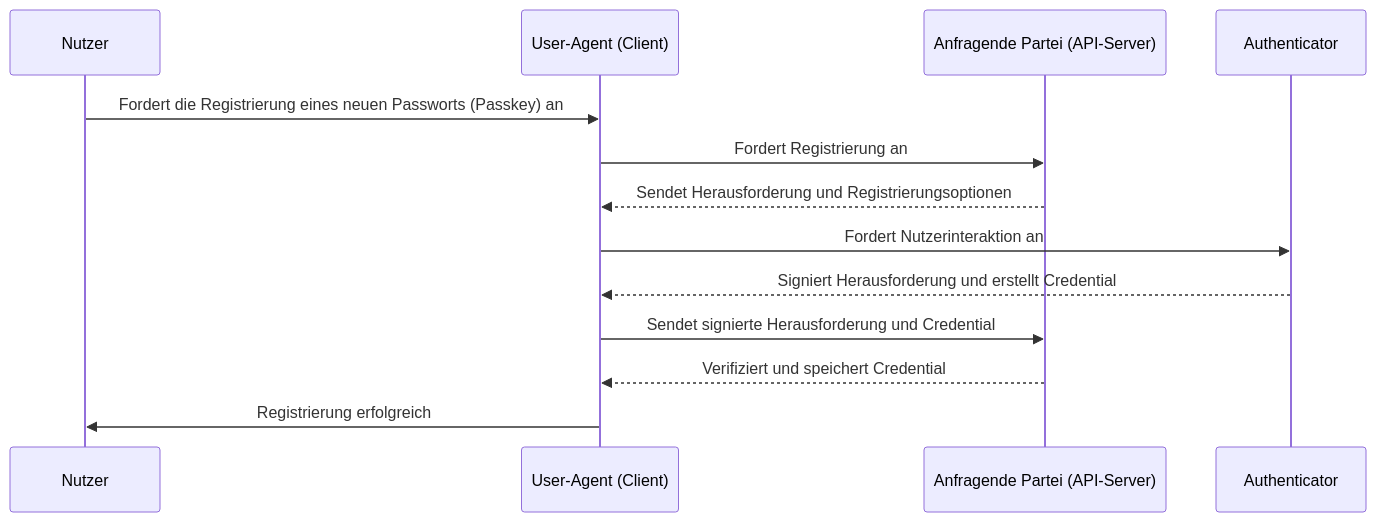
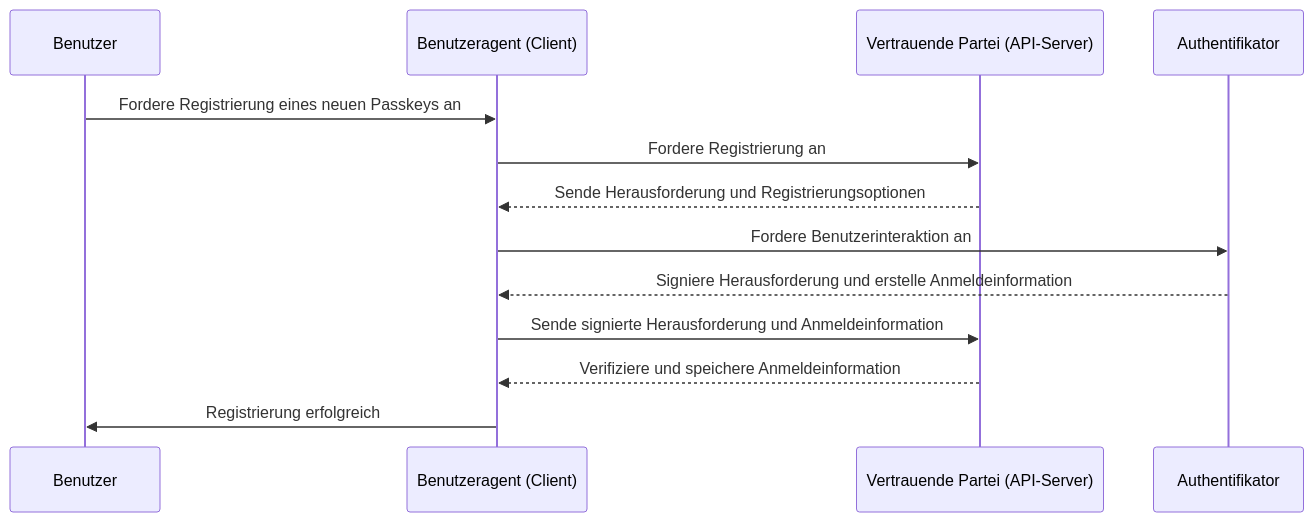
Before and after one commit to logto-io/auth-wiki: the first of 2 diagrams in src/content/terms/de/webauthn.mdx, drawn with Mermaid. The commit also changed other lines of this file and 98 other files, not shown here.

````diff
--- a/src/content/terms/de/webauthn.mdx
+++ b/src/content/terms/de/webauthn.mdx
@@ -39,16 +47,16 @@
 ```mermaid
 sequenceDiagram
-	participant Nutzer
-	participant User-Agent (Client)
-	participant Anfragende Partei (API-Server) 
-	participant Authenticator
+	participant Benutzer
+	participant Benutzeragent (Client)
+	participant Vertrauende Partei (API-Server) 
+	participant Authentifikator
 
-	Nutzer ->> User-Agent (Client): Fordert die Registrierung eines neuen Passworts (Passkey) an
-	User-Agent (Client) ->> Anfragende Partei (API-Server): Fordert Registrierung an
-	Anfragende Partei (API-Server) -->> User-Agent (Client): Sendet Herausforderung und Registrierungsoptionen
-	User-Agent (Client) ->> Authenticator: Fordert Nutzerinteraktion an
-	Authenticator -->> User-Agent (Client): Signiert Herausforderung und erstellt Credential
-	User-Agent (Client) ->> Anfragende Partei (API-Server): Sendet signierte Herausforderung und Credential
-	Anfragende Partei (API-Server) -->> User-Agent (Client): Verifiziert und speichert Credential
-	User-Agent (Client) ->> Nutzer: Registrierung erfolgreich
+	Benutzer ->> Benutzeragent (Client): Fordere Registrierung eines neuen Passkeys an
+	Benutzeragent (Client) ->> Vertrauende Partei (API-Server): Fordere Registrierung an
+	Vertrauende Partei (API-Server) -->> Benutzeragent (Client): Sende Herausforderung und Registrierungsoptionen
+	Benutzeragent (Client) ->> Authentifikator: Fordere Benutzerinteraktion an
+	Authentifikator -->> Benutzeragent (Client): Signiere Herausforderung und erstelle Anmeldeinformation
+	Benutzeragent (Client) ->> Vertrauende Partei (API-Server): Sende signierte Herausforderung und Anmeldeinformation
+	Vertrauende Partei (API-Server) -->> Benutzeragent (Client): Verifiziere und speichere Anmeldeinformation
+	Benutzeragent (Client) ->> Benutzer: Registrierung erfolgreich
 ```
````
